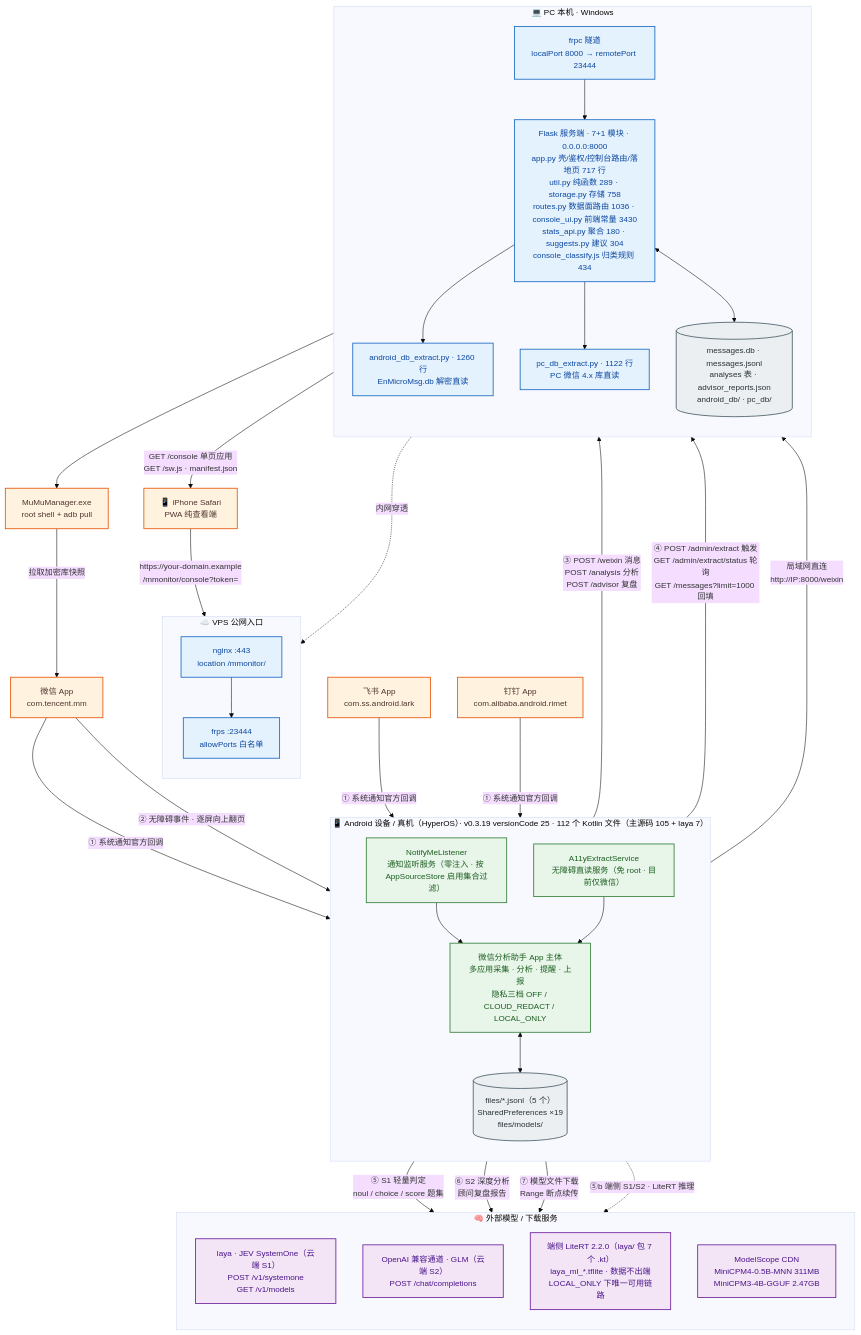
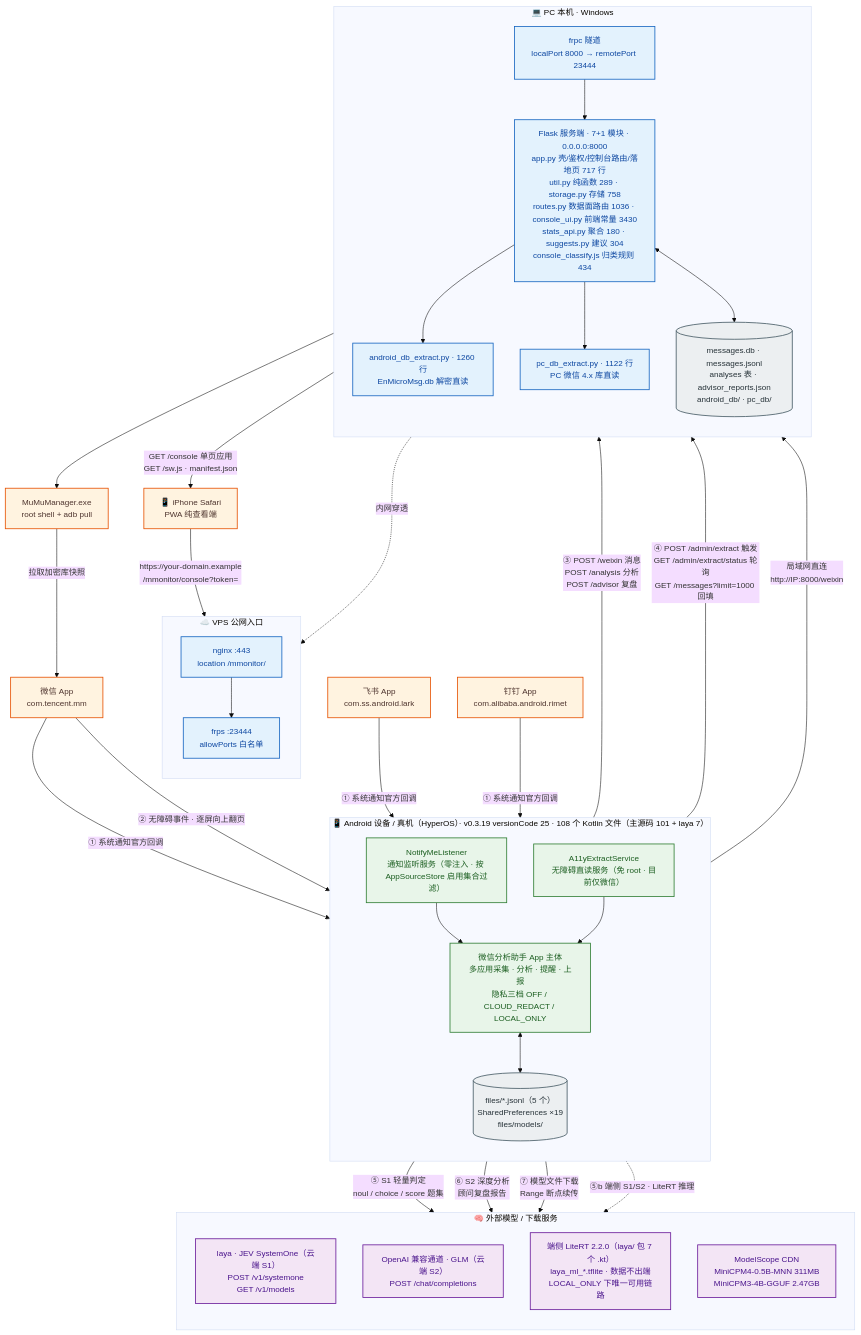
Before and after one commit to solidjoker/notifyme: the diagram in docs/architecture/diagrams/01-system-context.mmd, drawn with Mermaid. The commit also changed 18 other files, not shown here.

```diff
--- a/docs/architecture/diagrams/01-system-context.mmd
+++ b/docs/architecture/diagrams/01-system-context.mmd
@@ -1,70 +1,70 @@
 %%{init: {'theme':'base','themeVariables':{'fontSize':'15px','fontFamily':'Microsoft YaHei, PingFang SC, sans-serif'},'flowchart':{'htmlLabels':true,'curve':'basis'}}}%%
 flowchart TB
     classDef ext  fill:#fff3e0,stroke:#e65100,stroke-width:1.5px,color:#4e342e
     classDef app  fill:#e8f5e9,stroke:#2e7d32,stroke-width:1.5px,color:#1b5e20
     classDef srv  fill:#e3f2fd,stroke:#1565c0,stroke-width:1.5px,color:#0d47a1
     classDef llm  fill:#f3e5f5,stroke:#6a1b9a,stroke-width:1.5px,color:#4a148c
     classDef store fill:#eceff1,stroke:#455a64,stroke-width:1.5px,color:#263238
 
     WX["微信 App<br/>com.tencent.mm"]:::ext
     FS["飞书 App<br/>com.ss.android.lark"]:::ext
     DT["钉钉 App<br/>com.alibaba.android.rimet"]:::ext
 
-    subgraph DEV["📱 Android 设备 / 真机（HyperOS）· v0.3.19 versionCode 25 · 112 个 Kotlin 文件（主源码 105 + laya 7）"]
+    subgraph DEV["📱 Android 设备 / 真机（HyperOS）· v0.3.19 versionCode 25 · 108 个 Kotlin 文件（主源码 101 + laya 7）"]
         direction TB
         NL["NotifyMeListener<br/>通知监听服务（零注入 · 按 AppSourceStore 启用集合过滤）"]:::app
         A11Y["A11yExtractService<br/>无障碍直读服务（免 root · 目前仅微信）"]:::app
         CORE["微信分析助手 App 主体<br/>多应用采集 · 分析 · 提醒 · 上报<br/>隐私三档 OFF / CLOUD_REDACT / LOCAL_ONLY"]:::app
         STORE[("files/*.jsonl（5 个）<br/>SharedPreferences ×19<br/>files/models/")]:::store
         NL --> CORE
         A11Y --> CORE
         CORE <--> STORE
     end
 
     subgraph HOST["💻 PC 本机 · Windows"]
         direction TB
         FLASK["Flask 服务端 · 7+1 模块 · 0.0.0.0:8000<br/>app.py 壳/鉴权/控制台路由/落地页 717 行<br/>util.py 纯函数 289 · storage.py 存储 758<br/>routes.py 数据面路由 1036 · console_ui.py 前端常量 3430<br/>stats_api.py 聚合 180 · suggests.py 建议 304<br/>console_classify.js 归类规则 434"]:::srv
         ADBEX["android_db_extract.py · 1260 行<br/>EnMicroMsg.db 解密直读"]:::srv
         PCEX["pc_db_extract.py · 1122 行<br/>PC 微信 4.x 库直读"]:::srv
         DB[("messages.db · messages.jsonl<br/>analyses 表 · advisor_reports.json<br/>android_db/ · pc_db/")]:::store
         FRPC["frpc 隧道<br/>localPort 8000 → remotePort 23444"]:::srv
         FLASK --> ADBEX
         FLASK --> PCEX
         FLASK <--> DB
         FRPC --> FLASK
     end
 
     subgraph VPS["☁️ VPS 公网入口"]
         direction TB
         NGINX["nginx :443<br/>location /mmonitor/"]:::srv
         FRPS["frps :23444<br/>allowPorts 白名单"]:::srv
         NGINX --> FRPS
     end
 
     subgraph AI["🧠 外部模型 / 下载服务"]
         direction TB
         LAYA["laya · JEV SystemOne（云端 S1）<br/>POST /v1/systemone<br/>GET /v1/models"]:::llm
         GLM["OpenAI 兼容通道 · GLM（云端 S2）<br/>POST /chat/completions"]:::llm
         LITE["端侧 LiteRT 2.2.0（laya/ 包 7 个 .kt）<br/>laya_ml_*.tflite · 数据不出端<br/>LOCAL_ONLY 下唯一可用链路"]:::llm
         MS["ModelScope CDN<br/>MiniCPM4-0.5B-MNN 311MB<br/>MiniCPM3-4B-GGUF 2.47GB"]:::llm
     end
 
     MUMU["MuMuManager.exe<br/>root shell + adb pull"]:::ext
     IPHONE["📱 iPhone Safari<br/>PWA 纯查看端"]:::ext
 
     WX -->|"① 系统通知官方回调"| NL
     FS -->|"① 系统通知官方回调"| NL
     DT -->|"① 系统通知官方回调"| NL
     WX -->|"② 无障碍事件 · 逐屏向上翻页"| A11Y
     CORE -->|"③ POST /weixin 消息<br/>POST /analysis 分析<br/>POST /advisor 复盘"| FLASK
     CORE -->|"④ POST /admin/extract 触发<br/>GET /admin/extract/status 轮询<br/>GET /messages?limit=1000 回填"| FLASK
     CORE -->|"⑤ S1 轻量判定<br/>noul / choice / score 题集"| LAYA
     CORE -->|"⑥ S2 深度分析<br/>顾问复盘报告"| GLM
     CORE -->|"⑦ 模型文件下载<br/>Range 断点续传"| MS
     CORE -.->|"⑤b 端侧 S1/S2 · LiteRT 推理"| LITE
     ADBEX --> MUMU
     MUMU -->|"拉取加密库快照"| WX
     CORE -->|"局域网直连<br/>http://IP:8000/weixin"| FLASK
     FRPC -.->|"内网穿透"| FRPS
     IPHONE -->|"https://your-domain.example<br/>/mmonitor/console?token="| NGINX
     FLASK -->|"GET /console 单页应用<br/>GET /sw.js · manifest.json"| IPHONE
```
